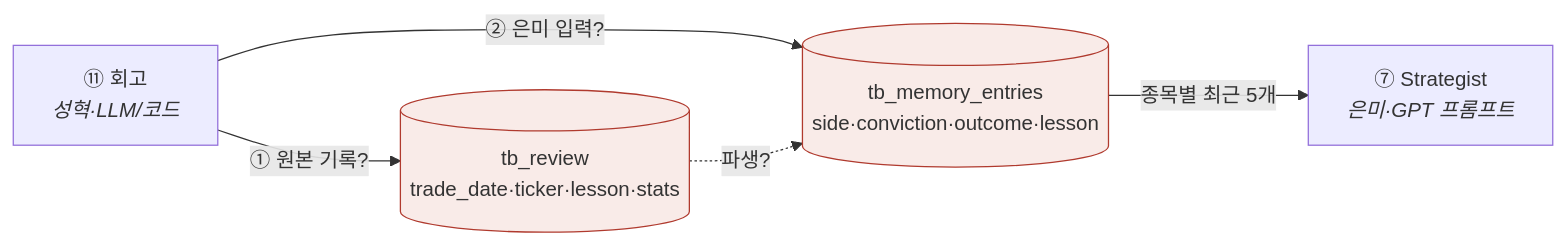
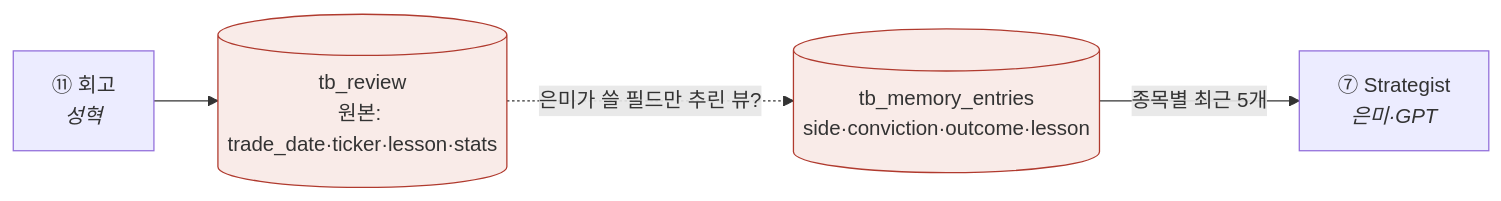
Before and after one commit to jaymunsh/quantinue-wiki: the diagram in documents/질문.md, drawn with Mermaid. The commit also changed other lines of this file and 4 other files, not shown here.

````diff
--- a/documents/질문.md
+++ b/documents/질문.md
@@ -55,9 +43,8 @@
 ```mermaid
 flowchart LR
-  RV["⑪ 회고<br/><i>성혁·LLM/코드</i>"] -->|"① 원본 기록?"| TR[("tb_review<br/>trade_date·ticker·lesson·stats")]
-  RV -->|"② 은미 입력?"| TM[("tb_memory_entries<br/>side·conviction·outcome·lesson")]
-  TR -.->|"파생?"| TM
-  TM -->|"종목별 최근 5개"| ST["⑦ Strategist<br/><i>은미·GPT 프롬프트</i>"]
+  RV["⑪ 회고<br/><i>성혁</i>"] --> TR[("tb_review<br/>원본: trade_date·ticker·lesson·stats")]
+  TR -.->|"은미가 쓸 필드만 추린 뷰?"| TM[("tb_memory_entries<br/>side·conviction·outcome·lesson")]
+  TM -->|"종목별 최근 5개"| ST["⑦ Strategist<br/><i>은미·GPT</i>"]
   classDef q fill:#f9ebe8,stroke:#b03a2e
   class TR,TM q
 ```
````
